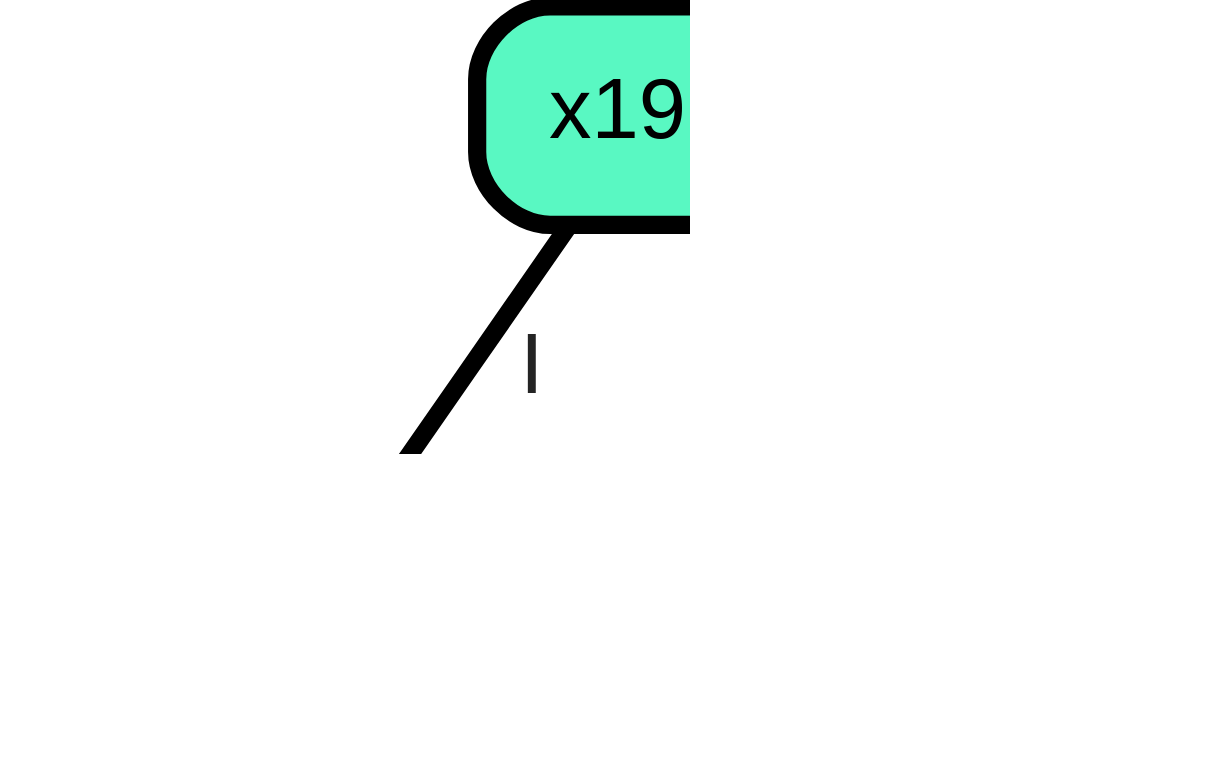
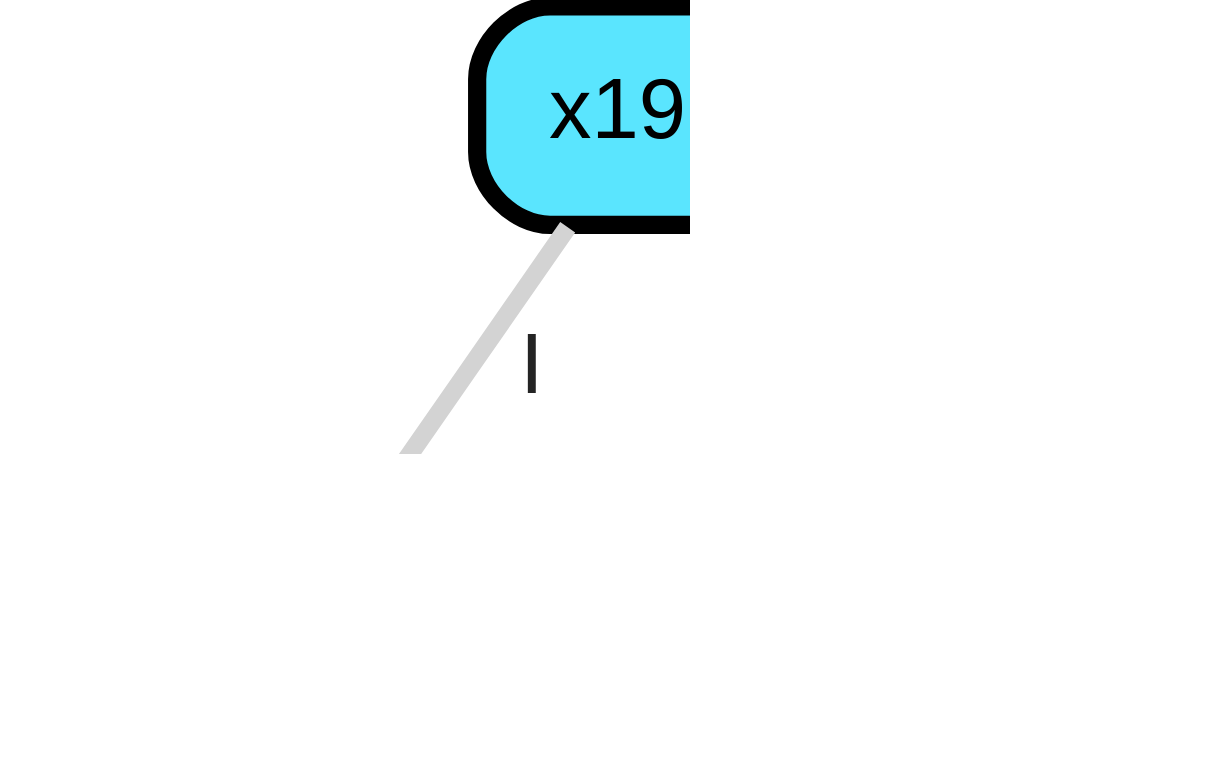
Before and after one commit to zeroknowledgediscovery/emergenet: the diagram in qnet_predictions/qnet_models/trees/178.dot, drawn with Graphviz. The commit also changed 1724 other files, not shown here.

```diff
--- a/qnet_predictions/qnet_models/trees/178.dot
+++ b/qnet_predictions/qnet_models/trees/178.dot
@@ -1,14 +1,14 @@
 graph Tree {
 node [shape=box, style="filled, rounded",color="black",penwidth="3",fontcolor="black",                 fontname=helvetica] ;
 graph [ranksep="0 equally", splines=straight,                 bgcolor=transparent, dpi=200] ;
-edge [fontname=helvetica, fontweight=bold,fontcolor=grey14,color=black] ;
+edge [fontname=helvetica, fontweight=bold,fontcolor=grey14,color=lightgray] ;
 0 [label="S
 Prob: 1.0
-Frac: 0.037", fillcolor="#c155ff"] ;
-1 [label="x192", fillcolor="#59f8c2"] ;
+Frac: 0.037", fillcolor="#e755ff"] ;
+1 [label="x192", fillcolor="#5ae5fe"] ;
 2 [label="N
 Prob: 0.996
-Frac: 0.963", fillcolor="#55fec0"] ;
+Frac: 0.963", fillcolor="#55ebfe"] ;
 1 -- 0 [label=" I",penwidth=3] ;
 1 -- 2 [label=" L",penwidth=3] ;
 {rank = same;}}
```
